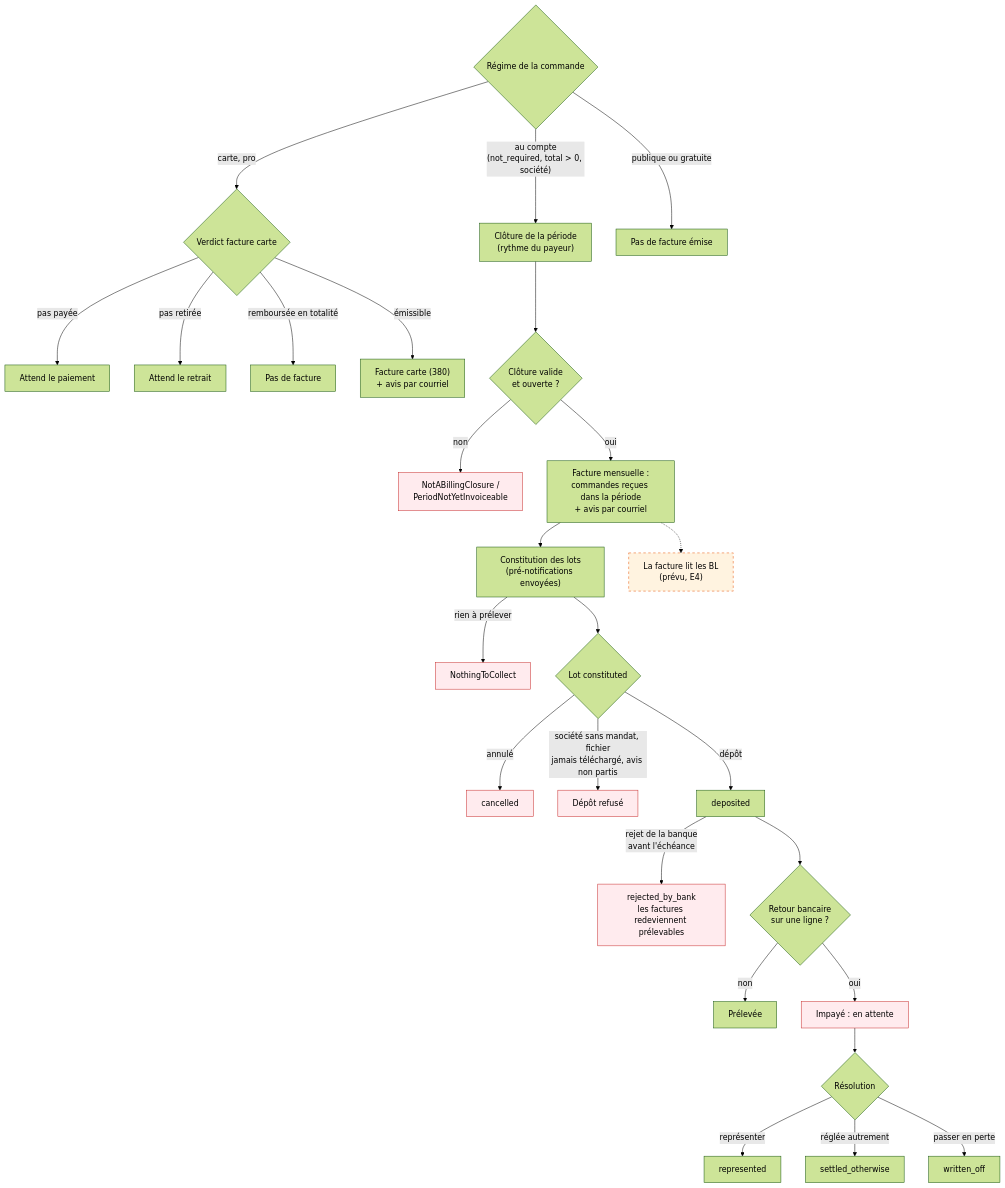
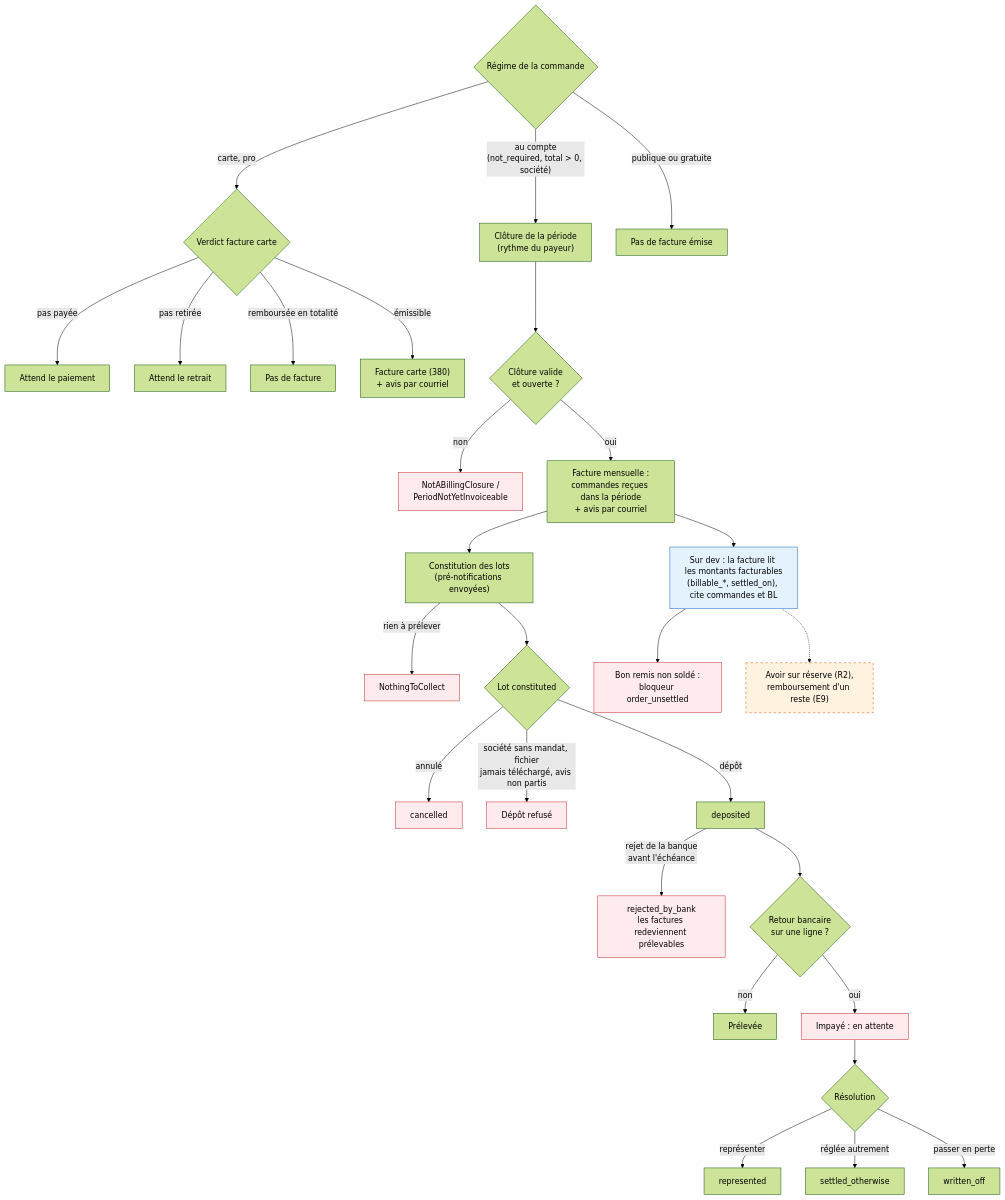
The eighth of 11 diagrams in documentation/commandes/parcours-complet.md (hugoheynard/lfd), drawn with Mermaid (forest theme) before and after one commit. The commit also changed other lines of this file and 113 other files, not shown here.

First line of the commit message:
docs(commandes): le bon de livraison devient une doc d'état, le parcours a trois états

````diff
--- a/documentation/commandes/parcours-complet.md
+++ b/documentation/commandes/parcours-complet.md
@@ -296,30 +342,33 @@
 ```mermaid
 flowchart TD
     O{"Régime de la commande"} -->|"au compte<br/>(not_required, total > 0, société)"| MI["Clôture de la période<br/>(rythme du payeur)"]
     O -->|"carte, pro"| CI{"Verdict facture carte"}
     O -->|"publique ou gratuite"| NONE["Pas de facture émise"]
     CI -->|"pas payée"| W1["Attend le paiement"]
     CI -->|"pas retirée"| W2["Attend le retrait"]
     CI -->|"remboursée en totalité"| NO["Pas de facture"]
     CI -->|"émissible"| FC["Facture carte (380)<br/>+ avis par courriel"]
     MI --> MC{"Clôture valide<br/>et ouverte ?"}
     MC -->|"non"| E1["NotABillingClosure /<br/>PeriodNotYetInvoiceable"]:::sad
     MC -->|"oui"| FM["Facture mensuelle :<br/>commandes reçues dans la période<br/>+ avis par courriel"]
     FM --> CB["Constitution des lots<br/>(pré-notifications envoyées)"]
     CB -->|"rien à prélever"| E2["NothingToCollect"]:::sad
     CB --> LOT{"Lot constituted"}
     LOT -->|"annulé"| CX["cancelled"]:::sad
     LOT -->|"société sans mandat, fichier<br/>jamais téléchargé, avis non partis"| E3["Dépôt refusé"]:::sad
     LOT -->|"dépôt"| DEPO["deposited"]
     DEPO -->|"rejet de la banque<br/>avant l'échéance"| REJ["rejected_by_bank<br/>les factures redeviennent prélevables"]:::sad
     DEPO --> RET{"Retour bancaire<br/>sur une ligne ?"}
     RET -->|"non"| PAID["Prélevée"]
     RET -->|"oui"| CR["Impayé : en attente"]:::sad
     CR --> RES{"Résolution"}
     RES -->|"représenter"| REP["represented"]
     RES -->|"réglée autrement"| SO["settled_otherwise"]
     RES -->|"passer en perte"| WO["written_off"]
-    FM -.-> BLF["La facture lit les BL<br/>(prévu, E4)"]:::prevu
+    FM --> BLF["Sur dev : la facture lit les montants facturables<br/>(billable_*, settled_on), cite commandes et BL"]:::bati
+    BLF --> NS["Bon remis non soldé :<br/>bloqueur order_unsettled"]:::sad
+    BLF -.-> RFD["Avoir sur réserve (R2),<br/>remboursement d'un reste (E9)"]:::prevu
+    classDef bati fill:#e3f2fd,stroke:#1565c0
     classDef prevu fill:#fff3e0,stroke:#e65100,stroke-dasharray: 5 5
     classDef sad fill:#ffebee,stroke:#c62828
 ```
````
